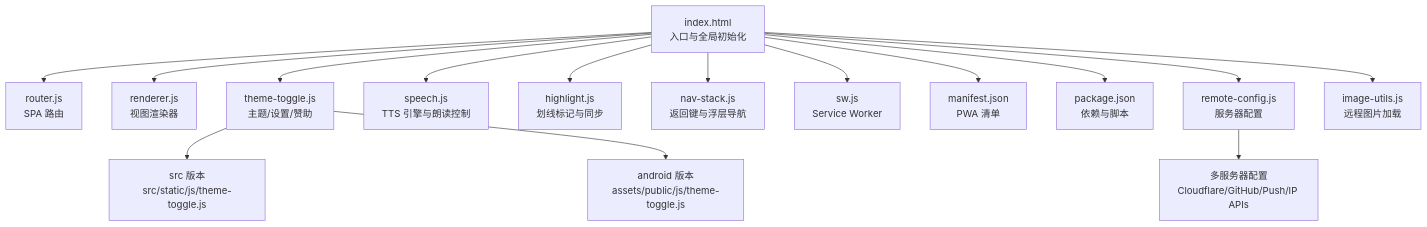
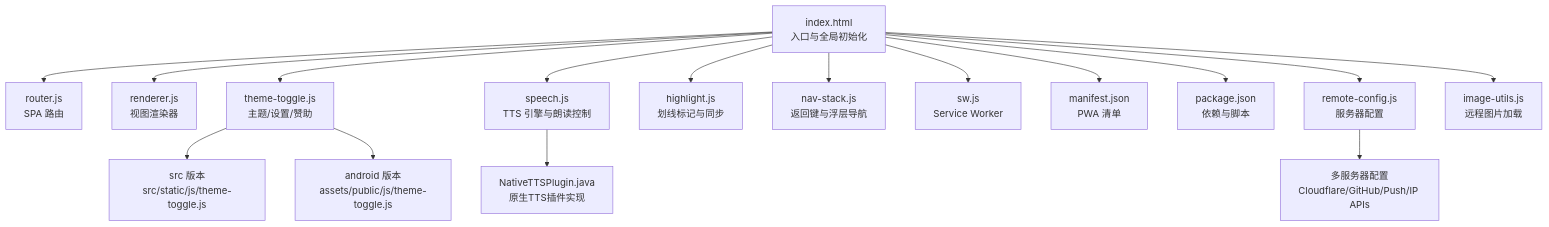
One commit to zhao-zg/cx changed the first of 11 diagrams in .qoder/repowiki/zh/content/高级功能/前端功能.md. Above: the diagram before and after it, drawn with Mermaid. The commit also changed other lines of this file and 31 other files, not shown here.

````diff
--- a/.qoder/repowiki/zh/content/高级功能/前端功能.md
+++ b/.qoder/repowiki/zh/content/高级功能/前端功能.md
@@ -60,17 +63,18 @@
 ```mermaid
 graph TB
 A["index.html<br/>入口与全局初始化"] --> B["router.js<br/>SPA 路由"]
 A --> C["renderer.js<br/>视图渲染器"]
 A --> D["theme-toggle.js<br/>主题/设置/赞助"]
 A --> E["speech.js<br/>TTS 引擎与朗读控制"]
 A --> F["highlight.js<br/>划线标记与同步"]
 A --> G["nav-stack.js<br/>返回键与浮层导航"]
 A --> H["sw.js<br/>Service Worker"]
 A --> I["manifest.json<br/>PWA 清单"]
 A --> J["package.json<br/>依赖与脚本"]
 A --> K["remote-config.js<br/>服务器配置"]
 A --> L["image-utils.js<br/>远程图片加载"]
 D --> M["src 版本<br/>src/static/js/theme-toggle.js"]
 D --> N["android 版本<br/>assets/public/js/theme-toggle.js"]
 K --> O["多服务器配置<br/>Cloudflare/GitHub/Push/IP APIs"]
+E --> P["NativeTTSPlugin.java<br/>原生TTS插件实现"]
 ```
````
